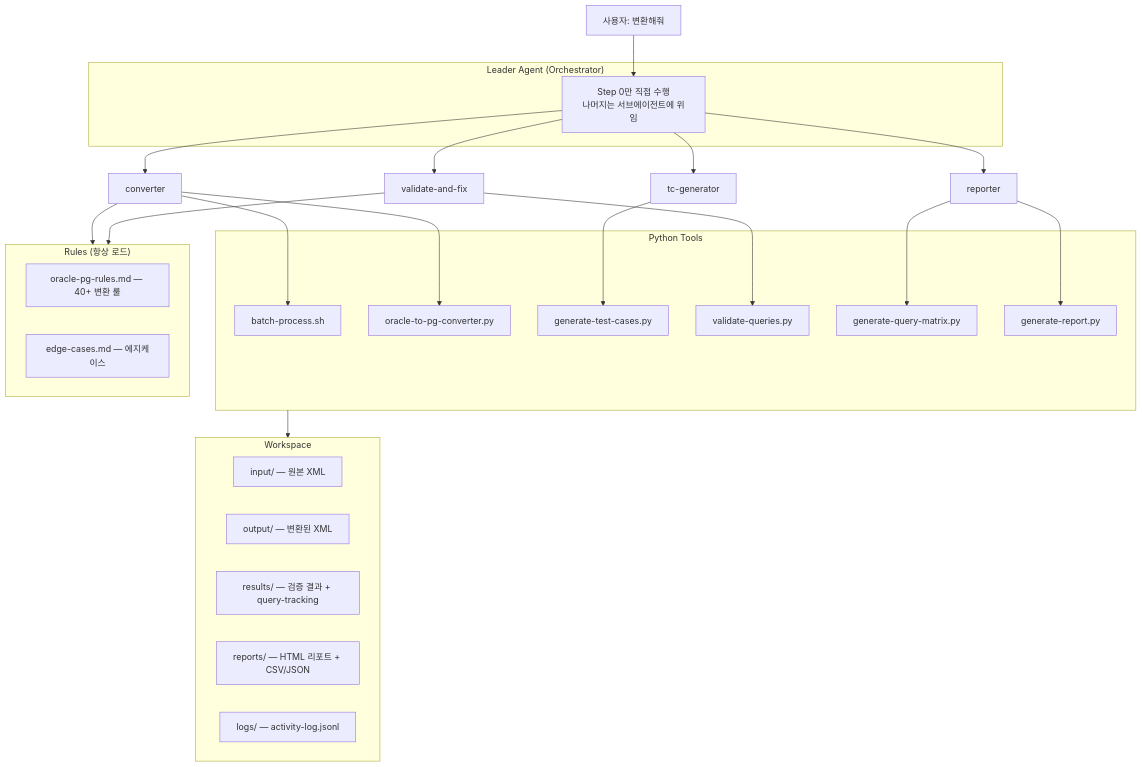
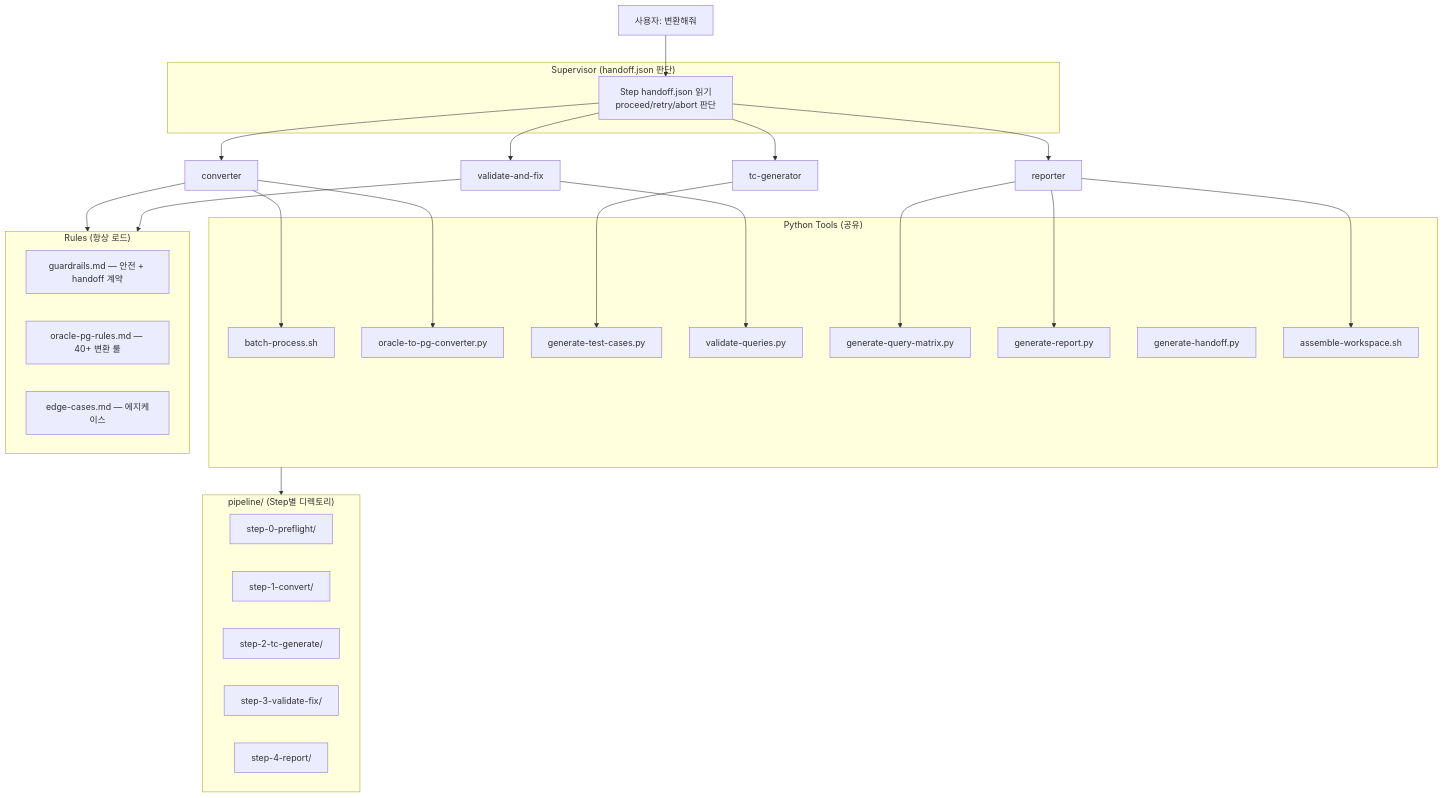
Before and after one commit to netsgo0319/oma-claude-code: the first of 3 diagrams in docs/architecture.md, drawn with Mermaid. The commit also changed other lines of this file and 28 other files, not shown here.

First line of the commit message:
feat: pipeline 디렉토리 분리 + handoff.json 계약 체계 구축

````diff
--- a/docs/architecture.md
+++ b/docs/architecture.md
@@ -9,45 +9,48 @@
 ```mermaid
 flowchart TB
     U["사용자: 변환해줘"]
-    U --> L
+    U --> SV
 
-    subgraph Leader["Leader Agent (Orchestrator)"]
-        L[Step 0만 직접 수행\n나머지는 서브에이전트에 위임]
+    subgraph Supervisor["Supervisor (handoff.json 판단)"]
+        SV[Step handoff.json 읽기\nproceed/retry/abort 판단]
     end
 
-    L --> S1[converter]
-    L --> S2[tc-generator]
-    L --> S3[validate-and-fix]
-    L --> S4[reporter]
+    SV --> S1[converter]
+    SV --> S2[tc-generator]
+    SV --> S3[validate-and-fix]
+    SV --> S4[reporter]
 
-    subgraph Tools["Python Tools"]
+    subgraph Tools["Python Tools (공유)"]
         T1[batch-process.sh]
         T2[oracle-to-pg-converter.py]
         T3[generate-test-cases.py]
         T4[validate-queries.py]
         T5[generate-query-matrix.py]
         T6[generate-report.py]
+        T7[generate-handoff.py]
+        T8[assemble-workspace.sh]
     end
 
     S1 --> T1 & T2
     S2 --> T3
     S3 --> T4
-    S4 --> T5 & T6
+    S4 --> T5 & T6 & T8
 
     subgraph Rules["Rules (항상 로드)"]
-        R1[oracle-pg-rules.md — 40+ 변환 룰]
-        R2[edge-cases.md — 에지케이스]
+        R1[guardrails.md — 안전 + handoff 계약]
+        R2[oracle-pg-rules.md — 40+ 변환 룰]
+        R3[edge-cases.md — 에지케이스]
     end
 
     S1 & S3 --> Rules
 
-    subgraph Workspace["Workspace"]
-        W1[input/ — 원본 XML]
-        W2[output/ — 변환된 XML]
-        W3[results/ — 검증 결과 + query-tracking]
-        W4[reports/ — HTML 리포트 + CSV/JSON]
-        W5[logs/ — activity-log.jsonl]
+    subgraph Pipeline["pipeline/ (Step별 디렉토리)"]
+        P0[step-0-preflight/]
+        P1[step-1-convert/]
+        P2[step-2-tc-generate/]
+        P3[step-3-validate-fix/]
+        P4[step-4-report/]
     end
 
-    Tools --> Workspace
+    Tools --> Pipeline
 ```
````
